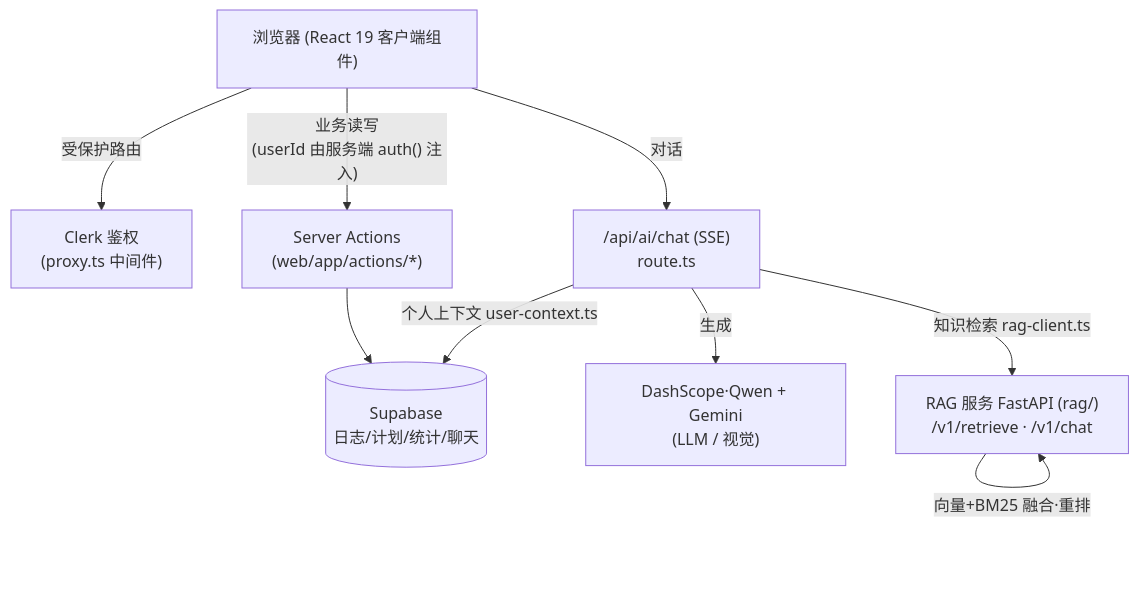
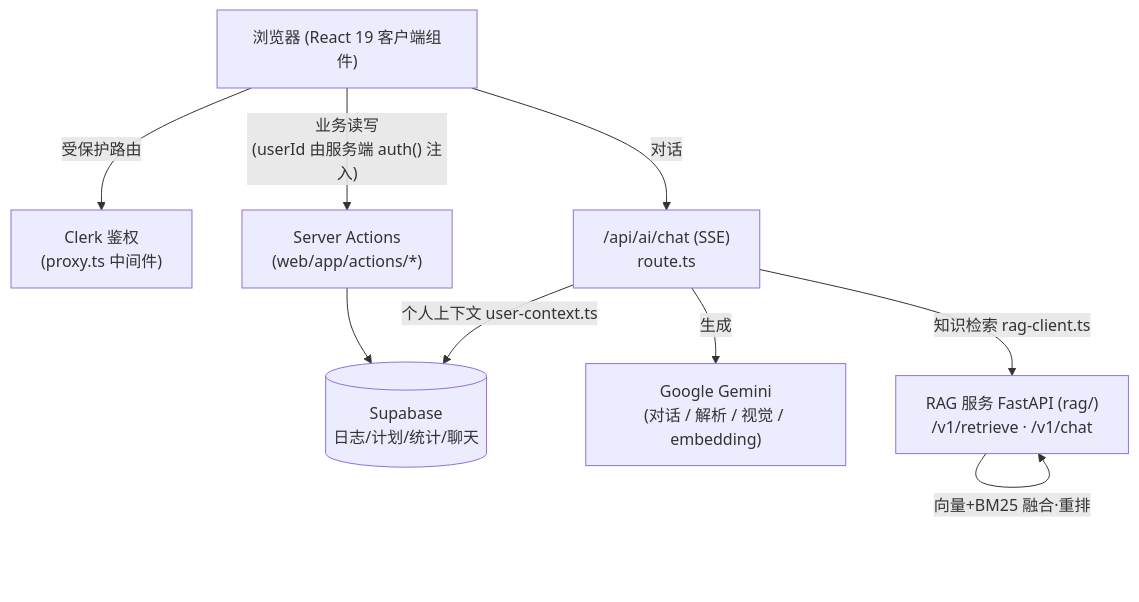
Before and after one commit to G1lollipop/fitcore: the diagram in README.md, drawn with Mermaid. The commit also changed other lines of this file and 9 other files, not shown here.

````diff
--- a/README.md
+++ b/README.md
@@ -13,19 +13,19 @@
 ```mermaid
 flowchart TD
     Browser["浏览器 (React 19 客户端组件)"]
     Clerk["Clerk 鉴权<br/>(proxy.ts 中间件)"]
     Actions["Server Actions<br/>(web/app/actions/*)"]
     ChatAPI["/api/ai/chat (SSE)<br/>route.ts"]
     Supabase[("Supabase<br/>日志/计划/统计/聊天")]
-    LLM["DashScope·Qwen + Gemini<br/>(LLM / 视觉)"]
+    LLM["Google Gemini<br/>(对话 / 解析 / 视觉 / embedding)"]
     RAG["RAG 服务 FastAPI (rag/)<br/>/v1/retrieve · /v1/chat"]
 
     Browser -->|"受保护路由"| Clerk
     Browser -->|"业务读写<br/>(userId 由服务端 auth() 注入)"| Actions
     Browser -->|"对话"| ChatAPI
     Actions --> Supabase
     ChatAPI -->|"个人上下文 user-context.ts"| Supabase
     ChatAPI -->|"生成"| LLM
     ChatAPI -->|"知识检索 rag-client.ts"| RAG
     RAG -->|"向量+BM25 融合·重排"| RAG
 ```
````
